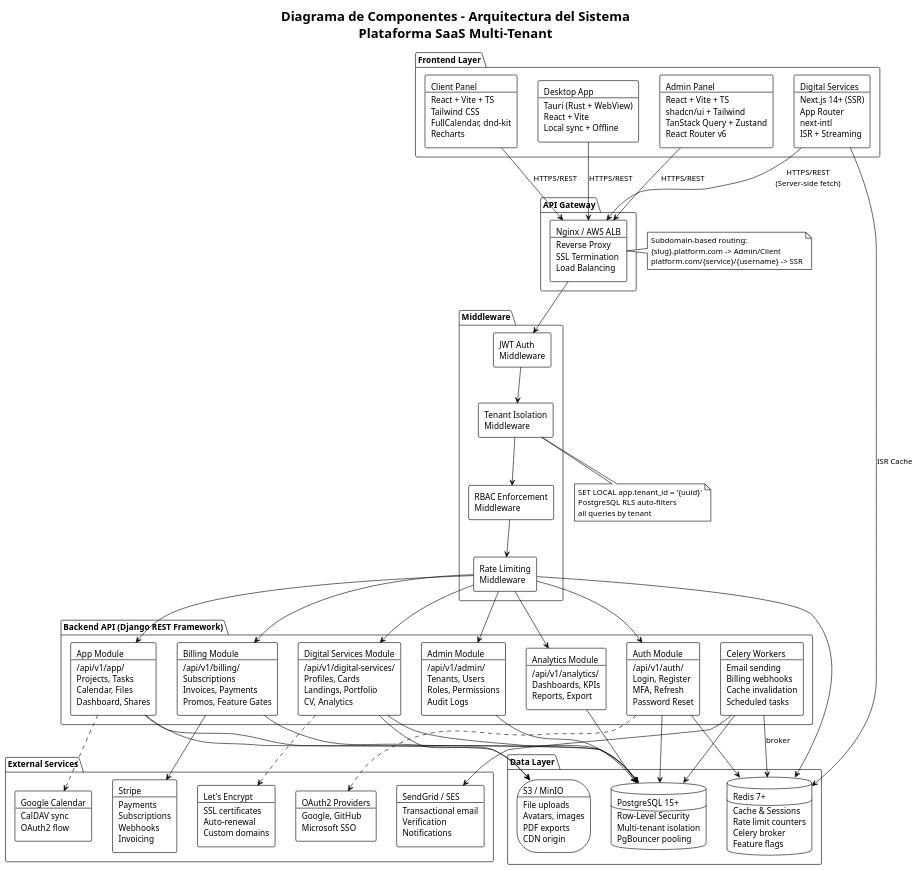
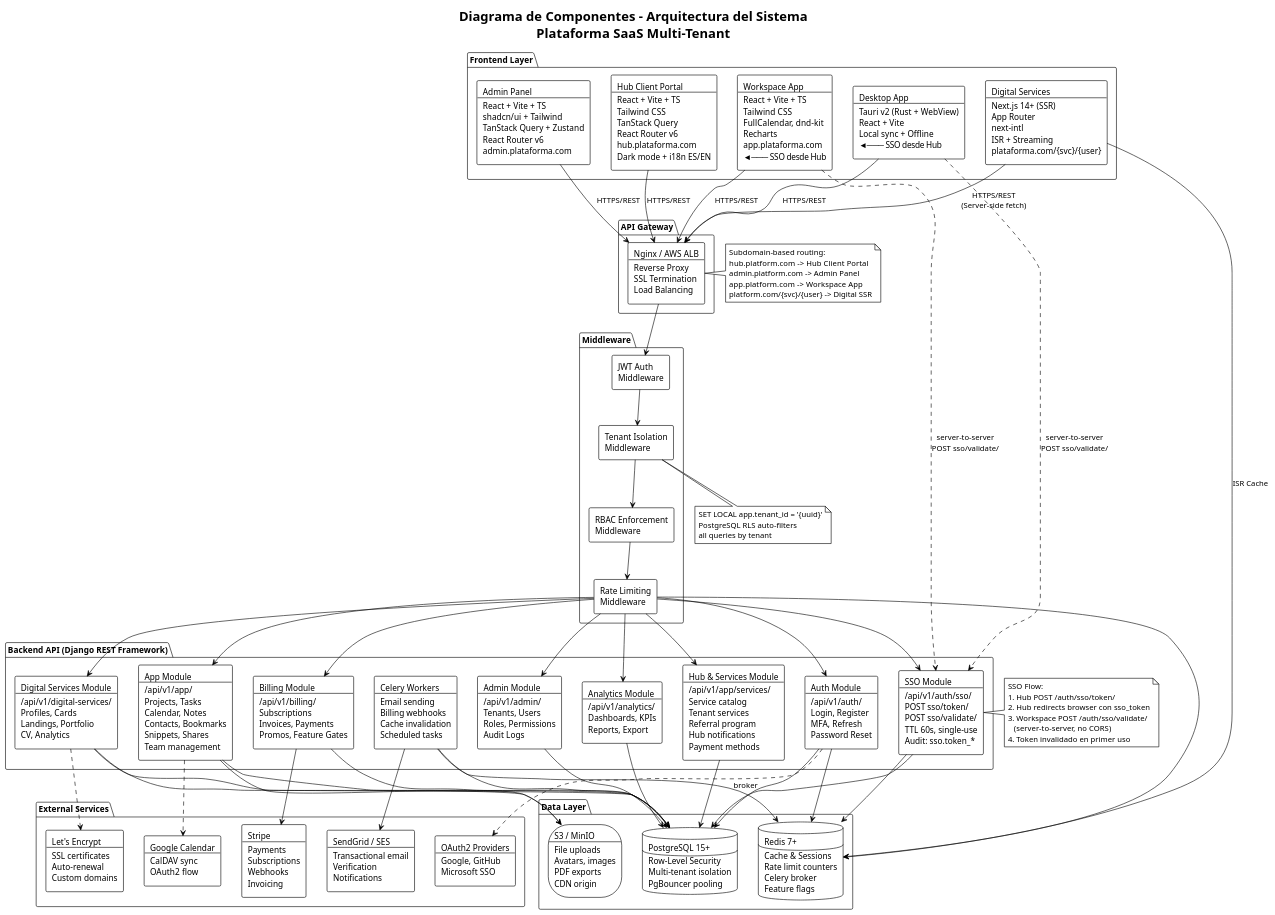
The diagram in docs/diagrams/component-diagram.puml (smartdesarrollador/proy_sid_pan), drawn with PlantUML before and after one commit. The commit also changed 7 other files, not shown here.

Commit message:
creacion de HUB_CLIENT_ROADMAP

```diff
--- a/docs/diagrams/component-diagram.puml
+++ b/docs/diagrams/component-diagram.puml
@@ -1,125 +1,153 @@
 @startuml component-diagram
 !theme plain
 skinparam componentStyle rectangle
 
 title Diagrama de Componentes - Arquitectura del Sistema\nPlataforma SaaS Multi-Tenant
 
 ' === Frontend Layer ===
 package "Frontend Layer" {
-  component [Admin Panel\n---\nReact + Vite + TS\nshadcn/ui + Tailwind\nTanStack Query + Zustand\nReact Router v6] as AdminPanel
+  component [Admin Panel\n---\nReact + Vite + TS\nshadcn/ui + Tailwind\nTanStack Query + Zustand\nReact Router v6\nadmin.plataforma.com] as AdminPanel
 
-  component [Client Panel\n---\nReact + Vite + TS\nTailwind CSS\nFullCalendar, dnd-kit\nRecharts] as ClientPanel
+  component [Hub Client Portal\n---\nReact + Vite + TS\nTailwind CSS\nTanStack Query\nReact Router v6\nhub.plataforma.com\nDark mode + i18n ES/EN] as HubPortal
 
-  component [Digital Services\n---\nNext.js 14+ (SSR)\nApp Router\nnext-intl\nISR + Streaming] as DigitalSSR
+  component [Workspace App\n---\nReact + Vite + TS\nTailwind CSS\nFullCalendar, dnd-kit\nRecharts\napp.plataforma.com\n◄─── SSO desde Hub] as WorkspaceApp
 
-  component [Desktop App\n---\nTauri (Rust + WebView)\nReact + Vite\nLocal sync + Offline] as DesktopApp
+  component [Digital Services\n---\nNext.js 14+ (SSR)\nApp Router\nnext-intl\nISR + Streaming\nplataforma.com/{svc}/{user}] as DigitalSSR
+
+  component [Desktop App\n---\nTauri v2 (Rust + WebView)\nReact + Vite\nLocal sync + Offline\n◄─── SSO desde Hub] as DesktopApp
 }
 
 ' === API Layer ===
 package "API Gateway" {
   component [Nginx / AWS ALB\n---\nReverse Proxy\nSSL Termination\nLoad Balancing] as Gateway
 }
 
 package "Middleware" {
   component [JWT Auth\nMiddleware] as JWTAuth
   component [Tenant Isolation\nMiddleware] as TenantMW
   component [RBAC Enforcement\nMiddleware] as RBACMW
   component [Rate Limiting\nMiddleware] as RateLimitMW
 }
 
 package "Backend API (Django REST Framework)" {
   component [Auth Module\n---\n/api/v1/auth/\nLogin, Register\nMFA, Refresh\nPassword Reset] as AuthModule
 
   component [Admin Module\n---\n/api/v1/admin/\nTenants, Users\nRoles, Permissions\nAudit Logs] as AdminModule
 
-  component [App Module\n---\n/api/v1/app/\nProjects, Tasks\nCalendar, Files\nDashboard, Shares] as AppModule
+  component [App Module\n---\n/api/v1/app/\nProjects, Tasks\nCalendar, Notes\nContacts, Bookmarks\nSnippets, Shares\nTeam management] as AppModule
 
   component [Digital Services Module\n---\n/api/v1/digital-services/\nProfiles, Cards\nLandings, Portfolio\nCV, Analytics] as DigitalModule
 
   component [Billing Module\n---\n/api/v1/billing/\nSubscriptions\nInvoices, Payments\nPromos, Feature Gates] as BillingModule
 
   component [Analytics Module\n---\n/api/v1/analytics/\nDashboards, KPIs\nReports, Export] as AnalyticsModule
+
+  component [SSO Module\n---\n/api/v1/auth/sso/\nPOST sso/token/\nPOST sso/validate/\nTTL 60s, single-use\nAudit: sso.token_*] as SSOModule
+
+  component [Hub & Services Module\n---\n/api/v1/app/services/\nService catalog\nTenant services\nReferral program\nHub notifications\nPayment methods] as HubModule
 
   component [Celery Workers\n---\nEmail sending\nBilling webhooks\nCache invalidation\nScheduled tasks] as CeleryWorkers
 }
 
 ' === Data Layer ===
 package "Data Layer" {
   database "PostgreSQL 15+\n---\nRow-Level Security\nMulti-tenant isolation\nPgBouncer pooling" as PostgreSQL
 
   database "Redis 7+\n---\nCache & Sessions\nRate limit counters\nCelery broker\nFeature flags" as Redis
 
   storage "S3 / MinIO\n---\nFile uploads\nAvatars, images\nPDF exports\nCDN origin" as S3
 }
 
 ' === External Services ===
 package "External Services" {
   component [Stripe\n---\nPayments\nSubscriptions\nWebhooks\nInvoicing] as Stripe
 
   component [SendGrid / SES\n---\nTransactional email\nVerification\nNotifications] as EmailService
 
   component [Google Calendar\n---\nCalDAV sync\nOAuth2 flow] as GoogleCal
 
   component [OAuth2 Providers\n---\nGoogle, GitHub\nMicrosoft SSO] as OAuth2
 
   component [Let's Encrypt\n---\nSSL certificates\nAuto-renewal\nCustom domains] as LetsEncrypt
 }
 
 ' === Connections: Frontend -> Gateway ===
 AdminPanel -down-> Gateway : HTTPS/REST
-ClientPanel -down-> Gateway : HTTPS/REST
+HubPortal -down-> Gateway : HTTPS/REST
+WorkspaceApp -down-> Gateway : HTTPS/REST
 DigitalSSR -down-> Gateway : HTTPS/REST\n(Server-side fetch)
 DesktopApp -down-> Gateway : HTTPS/REST
 
 ' === Gateway -> Middleware -> Backend ===
 Gateway -down-> JWTAuth
 JWTAuth -down-> TenantMW
 TenantMW -down-> RBACMW
 RBACMW -down-> RateLimitMW
 
 RateLimitMW -down-> AuthModule
 RateLimitMW -down-> AdminModule
 RateLimitMW -down-> AppModule
 RateLimitMW -down-> DigitalModule
 RateLimitMW -down-> BillingModule
 RateLimitMW -down-> AnalyticsModule
+RateLimitMW -down-> SSOModule
+RateLimitMW -down-> HubModule
 
 ' === Backend -> Data ===
 AuthModule -down-> PostgreSQL
 AdminModule -down-> PostgreSQL
 AppModule -down-> PostgreSQL
 DigitalModule -down-> PostgreSQL
 BillingModule -down-> PostgreSQL
 AnalyticsModule -down-> PostgreSQL
 
 AuthModule -down-> Redis
 RateLimitMW -down-> Redis
 AppModule -down-> S3
 DigitalModule -down-> S3
 
+SSOModule -down-> PostgreSQL
+SSOModule -down-> Redis
+HubModule -down-> PostgreSQL
+
 CeleryWorkers -down-> Redis : broker
 CeleryWorkers -down-> PostgreSQL
 
 ' === Backend -> External ===
 BillingModule -right-> Stripe
 CeleryWorkers -right-> EmailService
 AppModule ..> GoogleCal
 AuthModule ..> OAuth2
 DigitalModule ..> LetsEncrypt
 
+' === SSO validate: server-to-server ===
+WorkspaceApp ..> SSOModule : server-to-server\nPOST sso/validate/
+DesktopApp ..> SSOModule : server-to-server\nPOST sso/validate/
+
 ' === SSR specific ===
 DigitalSSR -down-> Redis : ISR Cache
 
 note right of Gateway
   Subdomain-based routing:
-  {slug}.platform.com -> Admin/Client
-  platform.com/{service}/{username} -> SSR
+  hub.platform.com  -> Hub Client Portal
+  admin.platform.com -> Admin Panel
+  app.platform.com  -> Workspace App
+  platform.com/{svc}/{user} -> Digital SSR
+end note
+
+note right of SSOModule
+  SSO Flow:
+  1. Hub POST /auth/sso/token/
+  2. Hub redirects browser con sso_token
+  3. Workspace POST /auth/sso/validate/
+     (server-to-server, no CORS)
+  4. Token invalidado en primer uso
 end note
 
 note bottom of TenantMW
   SET LOCAL app.tenant_id = '{uuid}'
   PostgreSQL RLS auto-filters
   all queries by tenant
 end note
 
 @enduml
```
